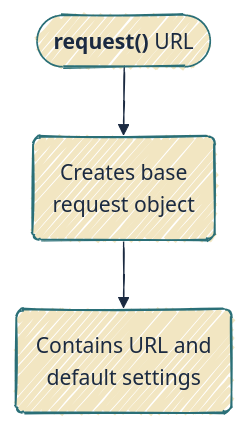
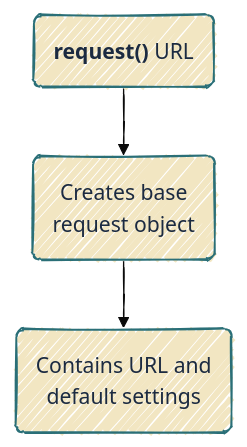
Before and after one commit to mjfrigaard/do4ds-labs: the first of 6 diagrams in r-app-api.qmd, drawn with Mermaid. The commit also changed other lines of this file and 37 other files, not shown here.

Commit message:
updates to mermaid

````diff
--- a/r-app-api.qmd
+++ b/r-app-api.qmd
@@ -254,11 +254,14 @@
 ```{mermaid}
 %%| fig-width: 6.5
 %%| fig-align: center
-%%{init: {'theme': 'base', 'look': 'handDrawn', 'themeVariables': { 'fontFamily': 'monospace', 'primaryColor': '#F2E6C2', 'primaryBorderColor': '#2A6F77', 'primaryTextColor': '#1B2A41', 'secondaryColor': '#d4e7e4', 'tertiaryColor': '#f5f0e4', 'lineColor': '#1B2A41', 'edgeLabelBackground': '#F2E6C2'}}}%%
+%%{init: {'theme': 'base', 'look': 'handDrawn', 'themeVariables': {'fontFamily': 'monospace'}}}%%
 
 graph TD
-	A(["<strong>request()</strong> URL"]) --> B("Creates base<br>request object")
+	
+	A("<strong>request()</strong> URL") --> B("Creates base<br>request object")
+	
 	B --> C("Contains URL and<br>default settings")
+    classDef default fill:#F2E6C2,stroke:#2A6F77,color:#1B2A41
 
 
 ```
````
